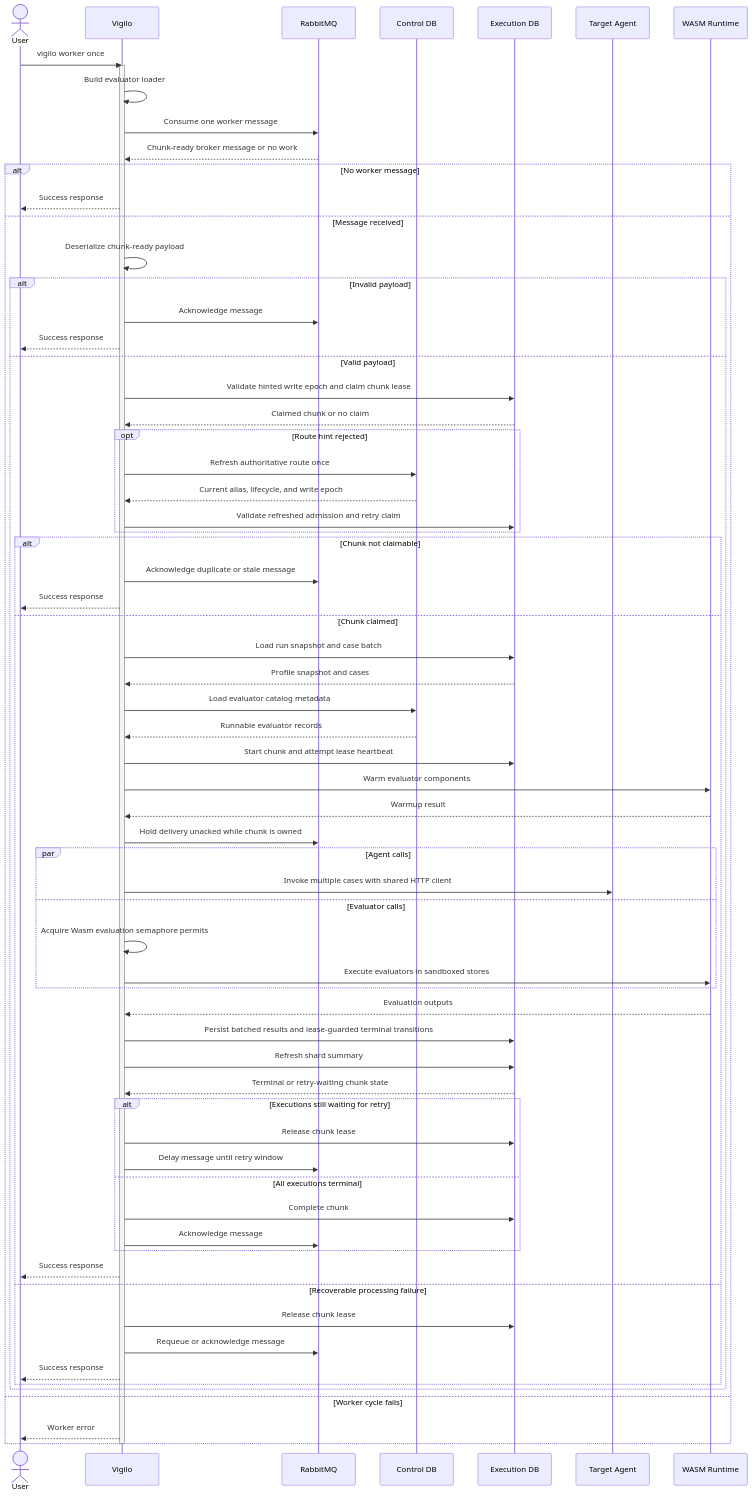
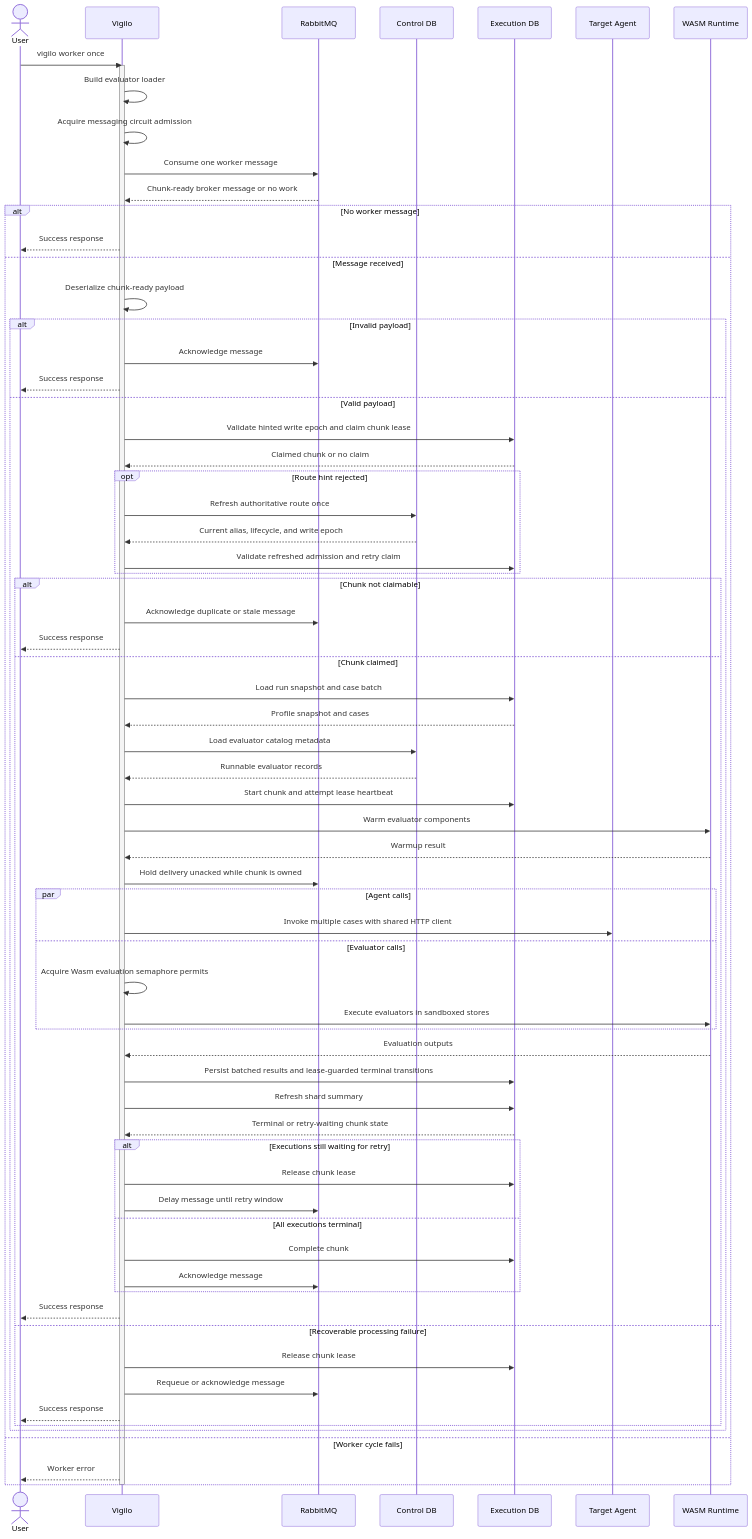
One commit to gregl83/agent-vigilo changed the diagram in web/docs/architecture/flows/worker/once/execution-flow.mmd. Above: the diagram before and after it, drawn with Mermaid. The commit also changed 26 other files, not shown here.

```diff
--- a/web/docs/architecture/flows/worker/once/execution-flow.mmd
+++ b/web/docs/architecture/flows/worker/once/execution-flow.mmd
@@ -1,80 +1,81 @@
 ---
 config:
   flowchart:
     nodeSpacing: 150
     rankSpacing: 80
   themeVariables:
     edgeLabelBackground: 'transparent'
 ---
 sequenceDiagram
     actor User
     participant Vigilo
     participant Queue as RabbitMQ
     participant ControlDB as Control DB
     participant ExecutionDB as Execution DB
     participant Agent as Target Agent
     participant WASM as WASM Runtime
 
     User->>Vigilo: vigilo worker once
     activate Vigilo
     Vigilo->>Vigilo: Build evaluator loader
+    Vigilo->>Vigilo: Acquire messaging circuit admission
     Vigilo->>Queue: Consume one worker message
     Queue-->>Vigilo: Chunk-ready broker message or no work
 
     alt No worker message
         Vigilo-->>User: Success response
     else Message received
         Vigilo->>Vigilo: Deserialize chunk-ready payload
         alt Invalid payload
             Vigilo->>Queue: Acknowledge message
             Vigilo-->>User: Success response
         else Valid payload
             Vigilo->>ExecutionDB: Validate hinted write epoch and claim chunk lease
             ExecutionDB-->>Vigilo: Claimed chunk or no claim
 
             opt Route hint rejected
                 Vigilo->>ControlDB: Refresh authoritative route once
                 ControlDB-->>Vigilo: Current alias, lifecycle, and write epoch
                 Vigilo->>ExecutionDB: Validate refreshed admission and retry claim
             end
 
             alt Chunk not claimable
                 Vigilo->>Queue: Acknowledge duplicate or stale message
                 Vigilo-->>User: Success response
             else Chunk claimed
                 Vigilo->>ExecutionDB: Load run snapshot and case batch
                 ExecutionDB-->>Vigilo: Profile snapshot and cases
                 Vigilo->>ControlDB: Load evaluator catalog metadata
                 ControlDB-->>Vigilo: Runnable evaluator records
                 Vigilo->>ExecutionDB: Start chunk and attempt lease heartbeat
                 Vigilo->>WASM: Warm evaluator components
                 WASM-->>Vigilo: Warmup result
                 Vigilo->>Queue: Hold delivery unacked while chunk is owned
                 par Agent calls
                     Vigilo->>Agent: Invoke multiple cases with shared HTTP client
                 and Evaluator calls
                     Vigilo->>Vigilo: Acquire Wasm evaluation semaphore permits
                     Vigilo->>WASM: Execute evaluators in sandboxed stores
                 end
                 WASM-->>Vigilo: Evaluation outputs
                 Vigilo->>ExecutionDB: Persist batched results and lease-guarded terminal transitions
                 Vigilo->>ExecutionDB: Refresh shard summary
                 ExecutionDB-->>Vigilo: Terminal or retry-waiting chunk state
                 alt Executions still waiting for retry
                     Vigilo->>ExecutionDB: Release chunk lease
                     Vigilo->>Queue: Delay message until retry window
                 else All executions terminal
                     Vigilo->>ExecutionDB: Complete chunk
                     Vigilo->>Queue: Acknowledge message
                 end
                 Vigilo-->>User: Success response
             else Recoverable processing failure
                 Vigilo->>ExecutionDB: Release chunk lease
                 Vigilo->>Queue: Requeue or acknowledge message
                 Vigilo-->>User: Success response
             end
         end
     else Worker cycle fails
         Vigilo-->>User: Worker error
     end
     deactivate Vigilo
```
